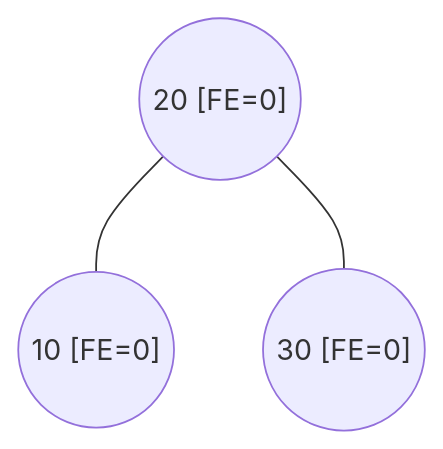
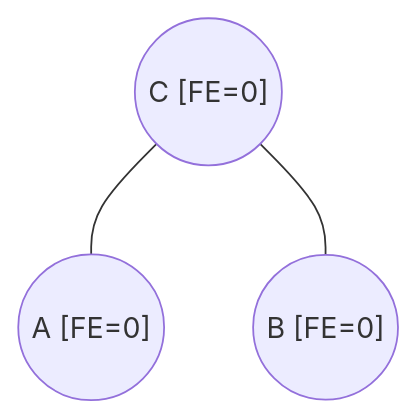
One commit to frijolitobandido/Guia_Matematica_Discreta changed diagram 29 of 34 in 03-arboles.md. Above: the diagram before and after it, drawn with Mermaid. The commit also changed other lines of this file, not shown here.

````diff
--- a/03-arboles.md
+++ b/03-arboles.md
@@ -672,5 +735,5 @@
 ```mermaid
 graph TD
-    h1(("20 [FE=0]")) --- h2(("10 [FE=0]"))
-    h1 --- h3(("30 [FE=0]"))
+    h1(("C [FE=0]")) --- h2(("A [FE=0]"))
+    h1 --- h3(("B [FE=0]"))
 ```
````
